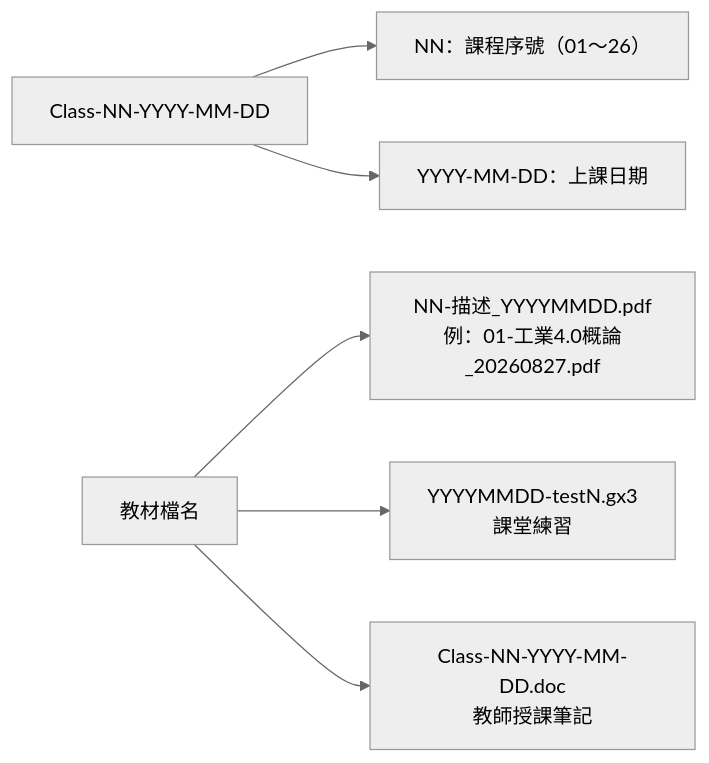
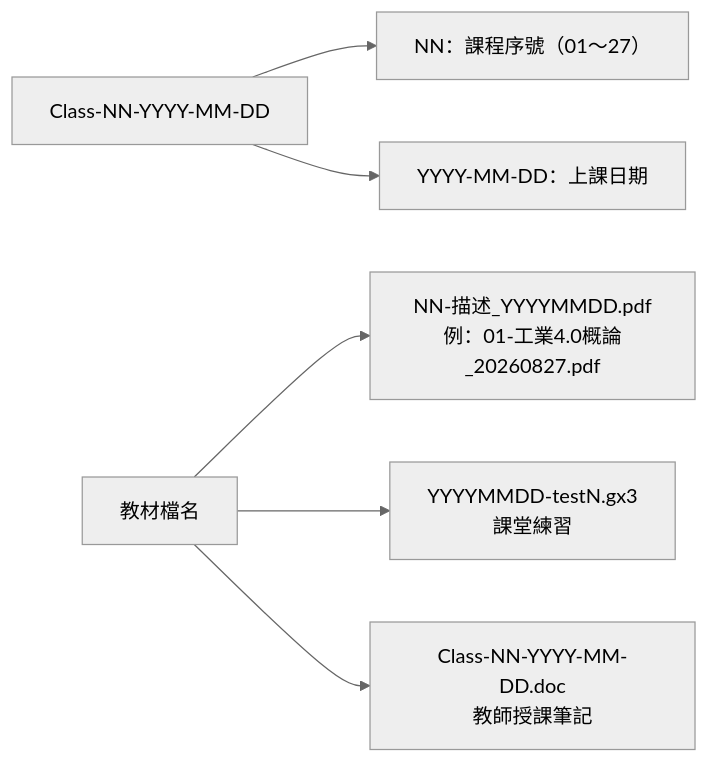
One commit to yd7148/INDUSTRY-4.0 changed the third of 3 diagrams in docs/COURSE-MAP.md. Above: the diagram before and after it, drawn with Mermaid (neutral theme). The commit also changed other lines of this file and 4 other files, not shown here.

Commit message:
Sync docs for Class-27 (27 classes, 28 videos, timeline and SVG)

````diff
--- a/docs/COURSE-MAP.md
+++ b/docs/COURSE-MAP.md
@@ -142,8 +146,8 @@
 ```mermaid
 flowchart LR
-    A["Class-NN-YYYY-MM-DD"] --> B["NN：課程序號（01～26）"]
+    A["Class-NN-YYYY-MM-DD"] --> B["NN：課程序號（01～27）"]
     A --> C["YYYY-MM-DD：上課日期"]
     D["教材檔名"] --> E["NN-描述_YYYYMMDD.pdf<br/>例：01-工業4.0概論_20260827.pdf"]
     D --> F["YYYYMMDD-testN.gx3<br/>課堂練習"]
     D --> G["Class-NN-YYYY-MM-DD.doc<br/>教師授課筆記"]
 ```
````
